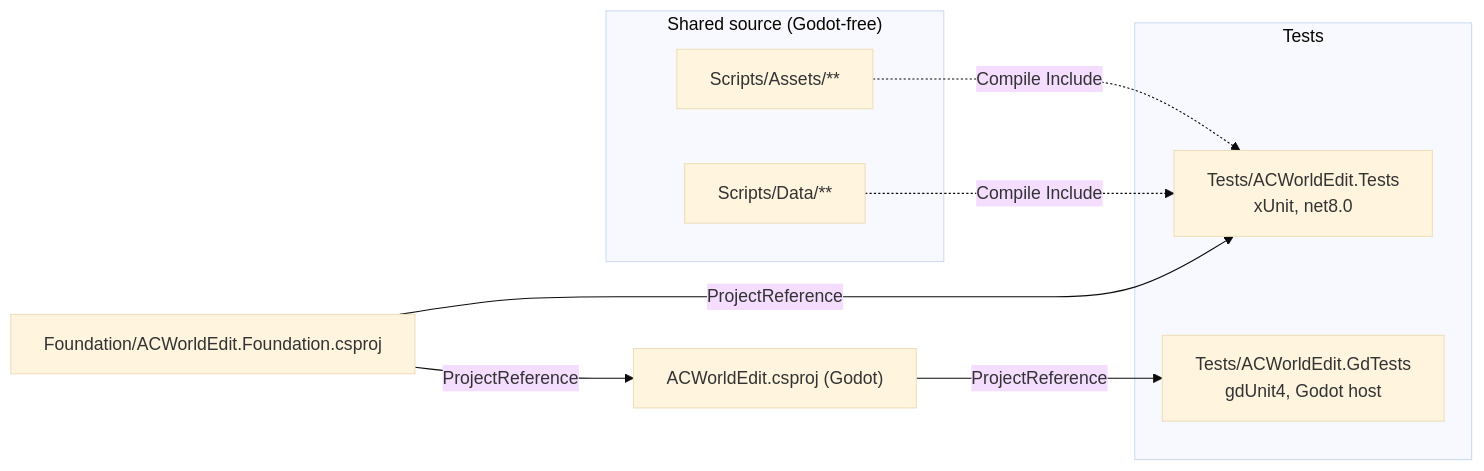
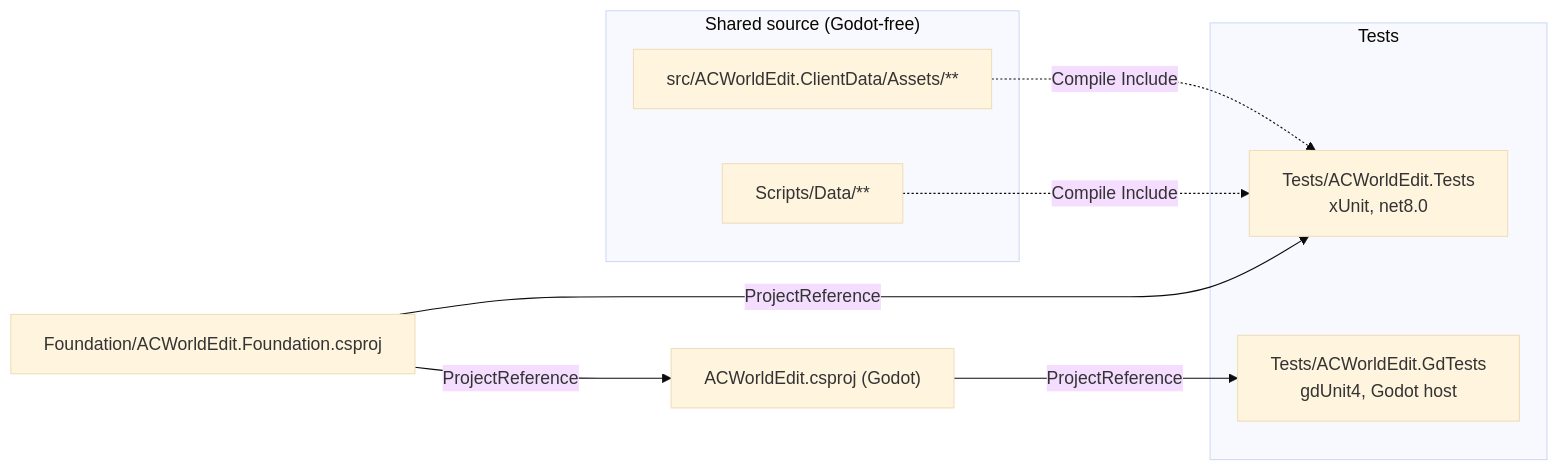
Before and after one commit to glitterfartz/ac-world-edit: the diagram in docs/architecture/testing-and-tooling.md, drawn with Mermaid (base theme). The commit also changed other lines of this file and 49 other files, not shown here.

````diff
--- a/docs/architecture/testing-and-tooling.md
+++ b/docs/architecture/testing-and-tooling.md
@@ -5,20 +5,20 @@
 ```mermaid
 flowchart LR
     subgraph Sources["Shared source (Godot-free)"]
-        assets["Scripts/Assets/**"]
+        assets["src/ACWorldEdit.ClientData/Assets/**"]
         data["Scripts/Data/**"]
     end
     fdn["Foundation/ACWorldEdit.Foundation.csproj"]
     app["ACWorldEdit.csproj (Godot)"]
 
     subgraph Tests
         xunit["Tests/ACWorldEdit.Tests<br/>xUnit, net8.0"]
         gd["Tests/ACWorldEdit.GdTests<br/>gdUnit4, Godot host"]
     end
 
     assets -. Compile Include .-> xunit
     data -. Compile Include .-> xunit
     fdn -->|ProjectReference| xunit
     fdn -->|ProjectReference| app
     app -->|ProjectReference| gd
 ```
````
